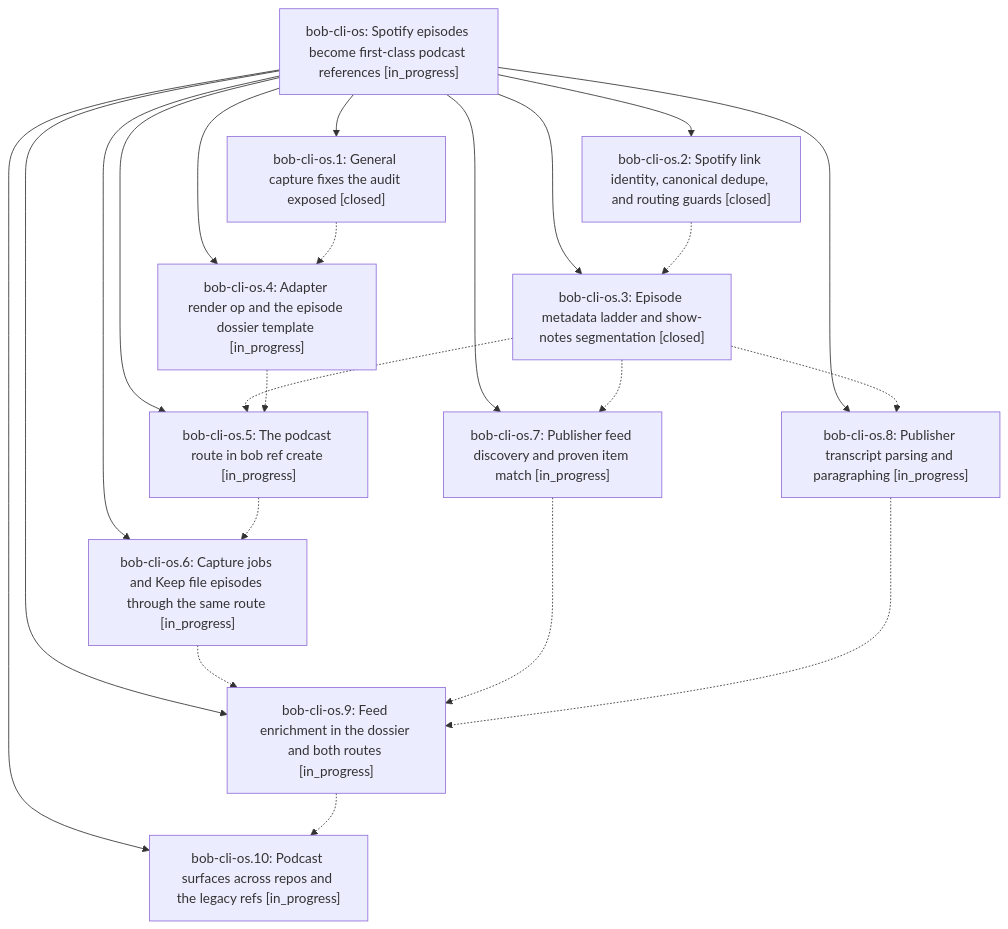
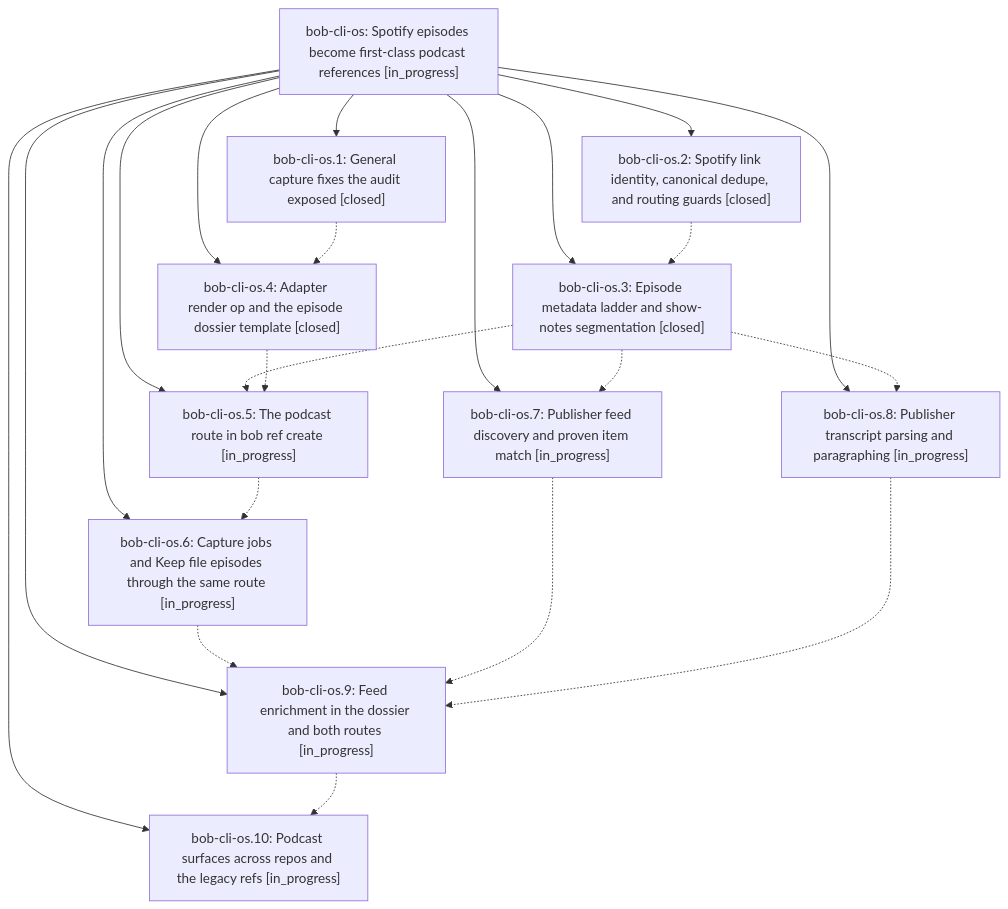
One commit to bobs-org/bob-cli--beads changed the diagram in pages/bob-cli-os/README.md. Above: the diagram before and after it, drawn with Mermaid. The commit also changed other lines of this file and 3 other files, not shown here.

First line of the commit message:
chore(beads): sync bead state and pages for bob-cli-os

````diff
--- a/pages/bob-cli-os/README.md
+++ b/pages/bob-cli-os/README.md
@@ -45,35 +45,35 @@
 ```mermaid
 flowchart TD
     n0["bob-cli-os: Spotify episodes become first-class podcast references [in_progress]"]
     n1["bob-cli-os.1: General capture fixes the audit exposed [closed]"]
     n2["bob-cli-os.10: Podcast surfaces across repos and the legacy refs [in_progress]"]
     n3["bob-cli-os.2: Spotify link identity, canonical dedupe, and routing guards [closed]"]
     n4["bob-cli-os.3: Episode metadata ladder and show-notes segmentation [closed]"]
-    n5["bob-cli-os.4: Adapter render op and the episode dossier template [in_progress]"]
+    n5["bob-cli-os.4: Adapter render op and the episode dossier template [closed]"]
     n6["bob-cli-os.5: The podcast route in bob ref create [in_progress]"]
     n7["bob-cli-os.6: Capture jobs and Keep file episodes through the same route [in_progress]"]
     n8["bob-cli-os.7: Publisher feed discovery and proven item match [in_progress]"]
     n9["bob-cli-os.8: Publisher transcript parsing and paragraphing [in_progress]"]
     n10["bob-cli-os.9: Feed enrichment in the dossier and both routes [in_progress]"]
     n0 --> n1
     n0 --> n2
     n0 --> n3
     n0 --> n4
     n0 --> n5
     n0 --> n6
     n0 --> n7
     n0 --> n8
     n0 --> n9
     n0 --> n10
     n1 -.-> n5
     n3 -.-> n4
     n4 -.-> n6
     n4 -.-> n8
     n4 -.-> n9
     n5 -.-> n6
     n6 -.-> n7
     n7 -.-> n10
     n8 -.-> n10
     n9 -.-> n10
     n10 -.-> n2
 ```
````
